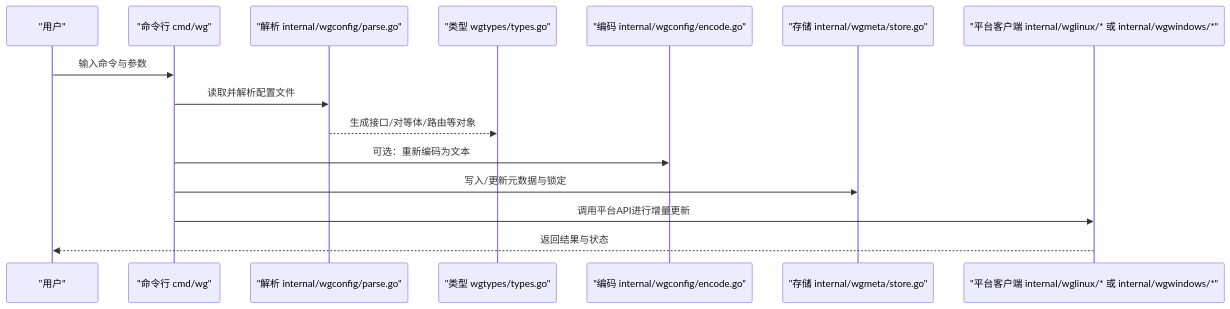
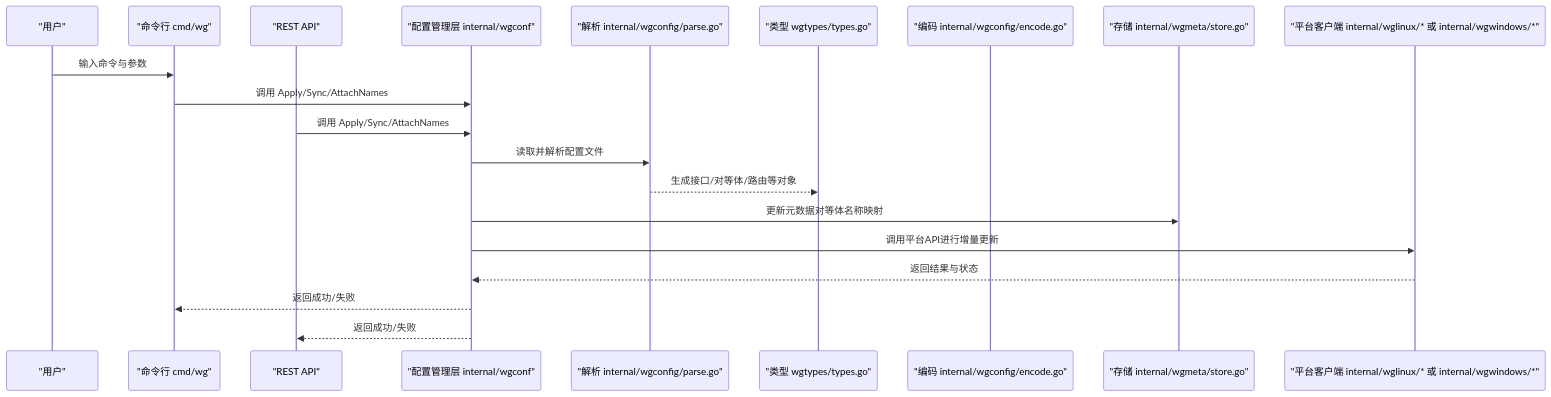
Before and after one commit to tea4go/wgctrl-go: the second of 6 diagrams in .qoder/repowiki/zh/content/配置管理/配置管理.md, drawn with Mermaid. The commit also changed other lines of this file and 11 other files, not shown here.

````diff
--- a/.qoder/repowiki/zh/content/配置管理/配置管理.md
+++ b/.qoder/repowiki/zh/content/配置管理/配置管理.md
@@ -122,17 +128,22 @@
 ```mermaid
 sequenceDiagram
 participant U as "用户"
 participant CLI as "命令行 cmd/wg"
+participant API as "REST API"
+participant WC as "配置管理层 internal/wgconf"
 participant P as "解析 internal/wgconfig/parse.go"
 participant T as "类型 wgtypes/types.go"
 participant E as "编码 internal/wgconfig/encode.go"
 participant S as "存储 internal/wgmeta/store.go"
 participant X as "平台客户端 internal/wglinux/* 或 internal/wgwindows/*"
 U->>CLI : 输入命令与参数
-CLI->>P : 读取并解析配置文件
+CLI->>WC : 调用 Apply/Sync/AttachNames
+API->>WC : 调用 Apply/Sync/AttachNames
+WC->>P : 读取并解析配置文件
 P-->>T : 生成接口/对等体/路由等对象
-CLI->>E : 可选：重新编码为文本
-CLI->>S : 写入/更新元数据与锁定
-CLI->>X : 调用平台API进行增量更新
-X-->>U : 返回结果与状态
+WC->>S : 更新元数据对等体名称映射
+WC->>X : 调用平台API进行增量更新
+X-->>WC : 返回结果与状态
+WC-->>CLI : 返回成功/失败
+WC-->>API : 返回成功/失败
 ```
````
